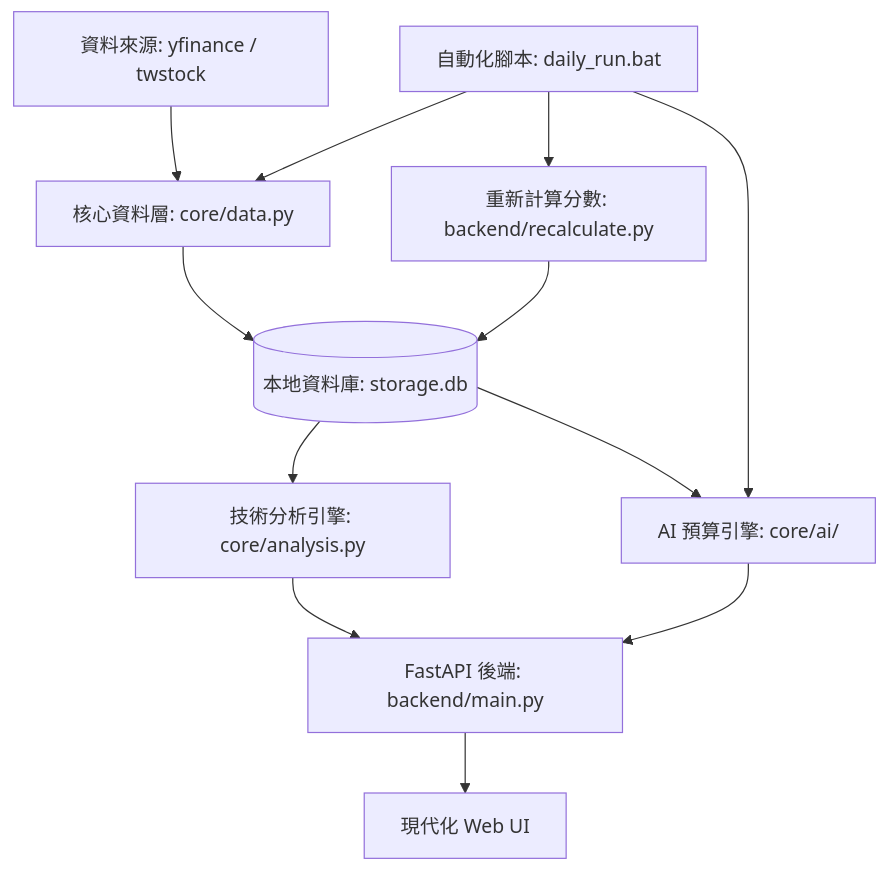
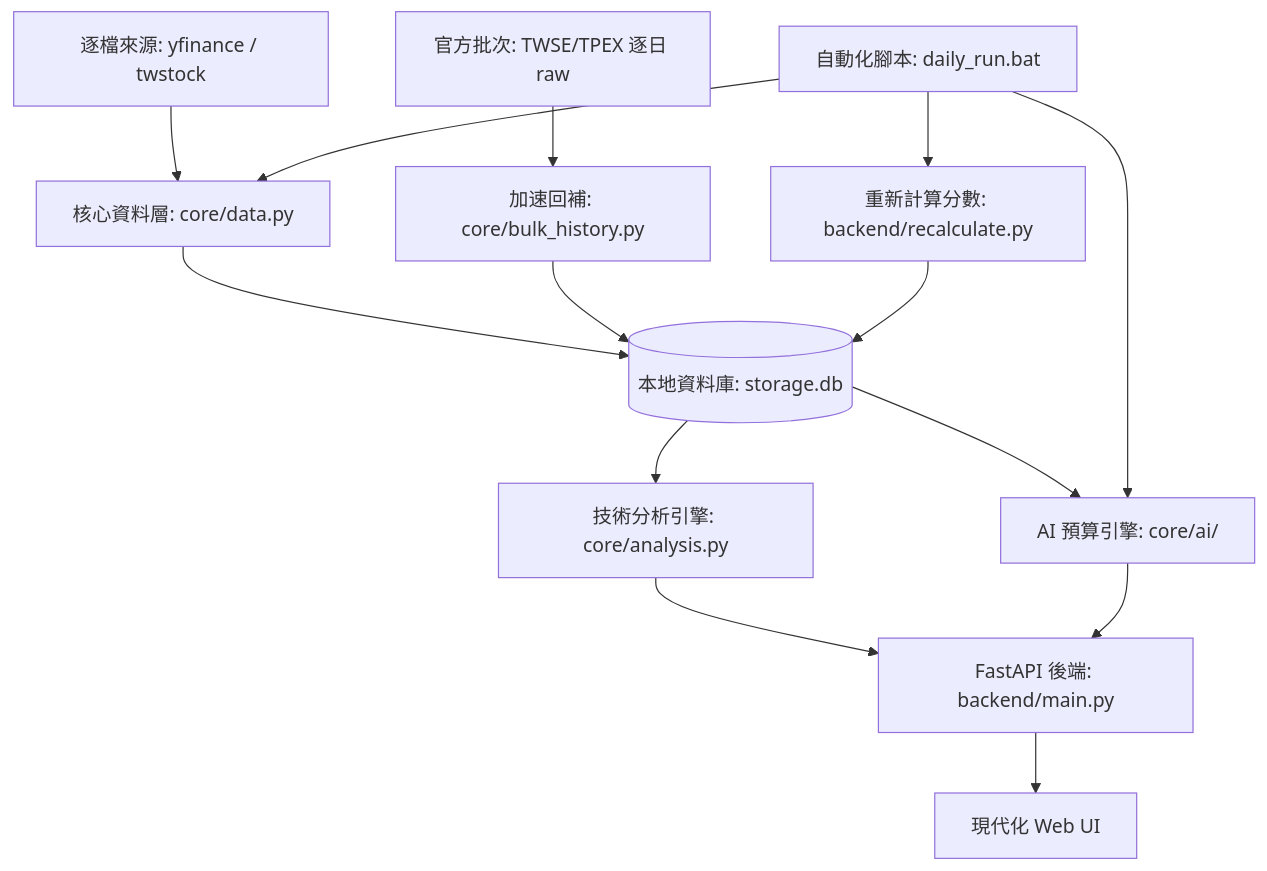
Before and after one commit to KbWen/smart-stock: the first of 2 diagrams in README.md, drawn with Mermaid. The commit also changed 5 other files, not shown here.

First line of the commit message:
docs(v1): document bulk_history + scripts, CHANGELOG v1, cleanup _raw-intake (#34)

````diff
--- a/README.md
+++ b/README.md
@@ -41,16 +41,18 @@
 ```mermaid
 graph TD
-    A[資料來源: yfinance / twstock] --> B[核心資料層: core/data.py]
+    A[逐檔來源: yfinance / twstock] --> B[核心資料層: core/data.py]
+    A2[官方批次: TWSE/TPEX 逐日 raw] --> B2[加速回補: core/bulk_history.py]
     B --> C[(本地資料庫: storage.db)]
+    B2 --> C
     D[技術分析引擎: core/analysis.py]
     E[AI 預算引擎: core/ai/]
     C --> D
     C --> E
     D --> F[FastAPI 後端: backend/main.py]
     E --> F
     F --> G[現代化 Web UI]
     H[自動化腳本: daily_run.bat] --> B
     H --> E
     H --> I[重新計算分數: backend/recalculate.py]
     I --> C
 ```
````
